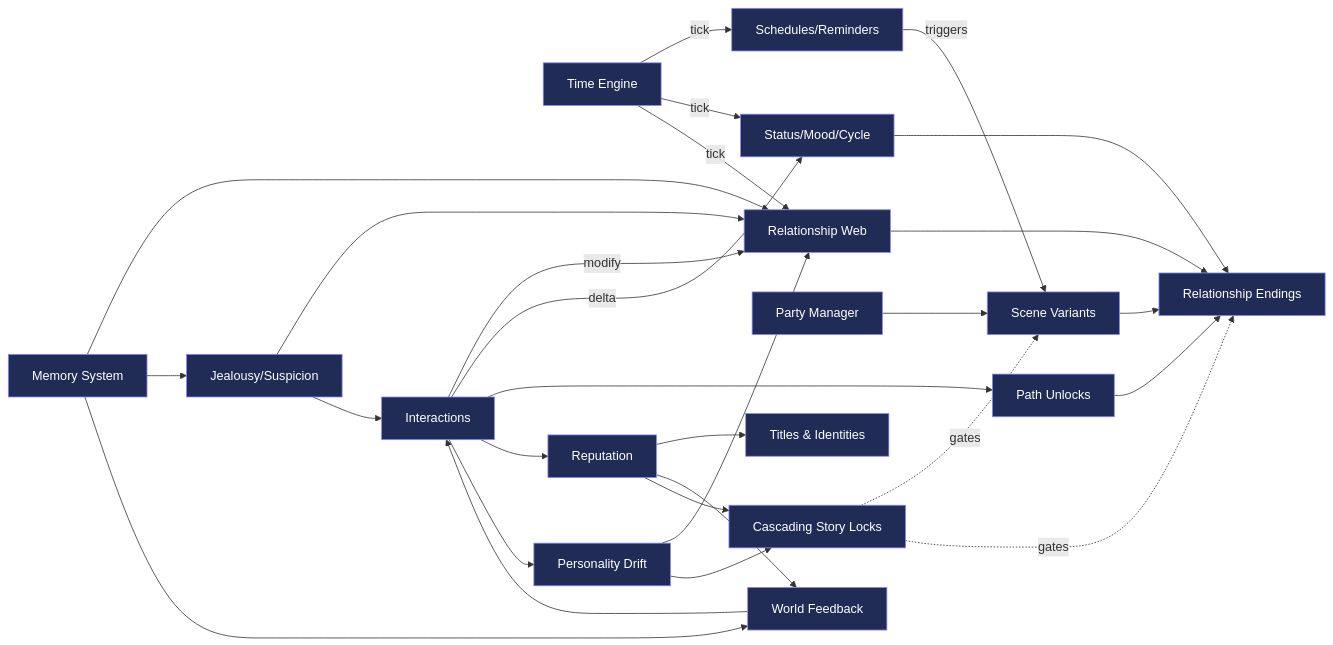
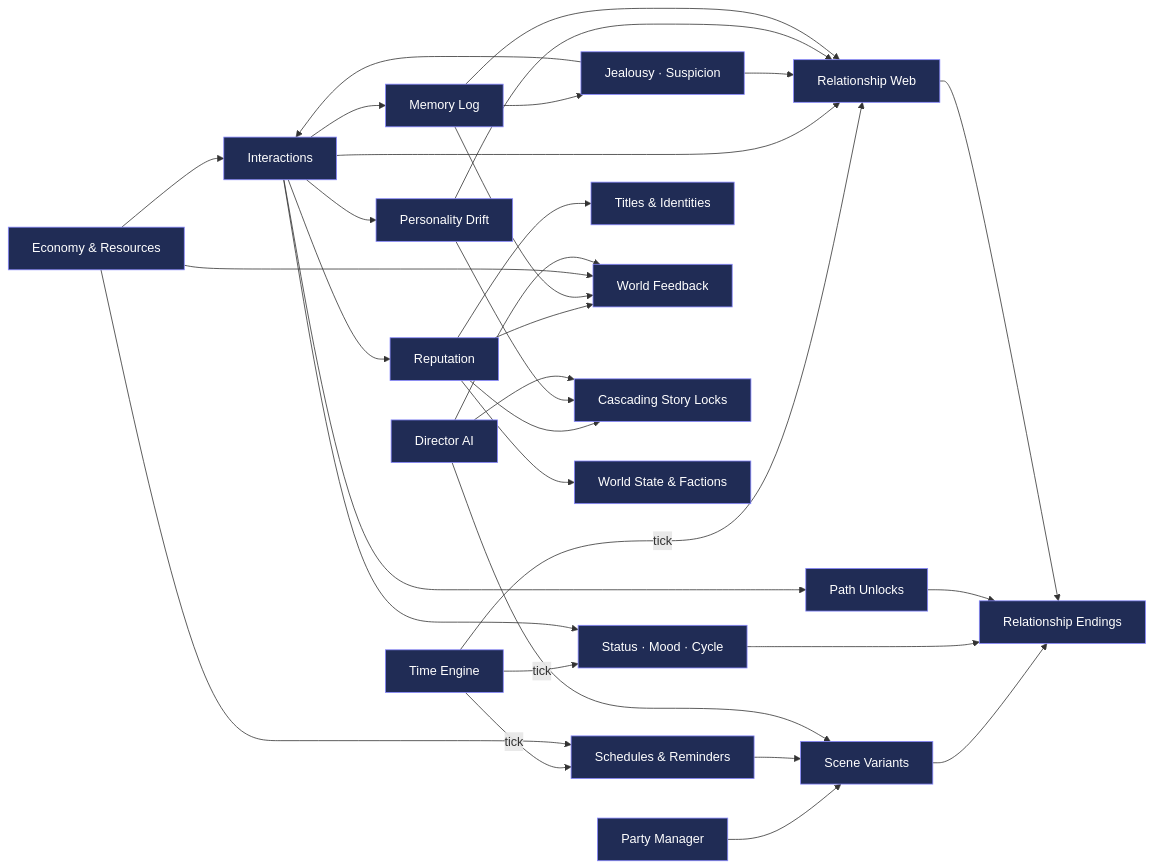
One commit to murraymint1991/woven-pulse changed the second of 4 diagrams in docs/ROADMAP.md. Above: the diagram before and after it, drawn with Mermaid. The commit also changed other lines of this file, not shown here.

````diff
--- a/docs/ROADMAP.md
+++ b/docs/ROADMAP.md
@@ -44,48 +60,47 @@
 ```mermaid
 flowchart LR
-    %% Core time-driven systems
-    Time[Time Engine]:::sys -->|tick| Sched[Schedules/Reminders]:::sys
-    Time -->|tick| Status[Status/Mood/Cycle]:::sys
+    Time[Time Engine]:::sys -->|tick| Sched[Schedules & Reminders]:::sys
+    Time -->|tick| Status[Status · Mood · Cycle]:::sys
     Time -->|tick| Rel[Relationship Web]:::sys
 
-    %% Interactions & outcomes
-    Interact[Interactions]:::sys -->|modify| Rel
-    Interact -->|delta| Status
+    Interact[Interactions]:::sys --> Rel
+    Interact --> Status
     Interact --> Paths[Path Unlocks]:::sys
 
-    %% Jealousy/Suspicion loop
-    Jealousy[Jealousy/Suspicion]:::sys --> Rel
+    Jealousy[Jealousy · Suspicion]:::sys --> Rel
     Jealousy --> Interact
 
-    %% Party & scenes
     Party[Party Manager]:::sys --> Scenes[Scene Variants]:::sys
-    Sched -->|triggers| Scenes
+    Sched --> Scenes
     Scenes --> Endings[Relationship Endings]:::sys
     Status --> Endings
-    Paths  --> Endings
-    Rel    --> Endings
+    Paths --> Endings
+    Rel --> Endings
 
-    %% Phase D — Identity & Consequence
+    %% Phase D
     Interact --> Rep[Reputation]:::sys
     Interact --> Drift[Personality Drift]:::sys
+    Interact --> Memory[Memory Log]:::sys
 
     Rep --> Titles[Titles & Identities]:::sys
     Rep --> Feedback[World Feedback]:::sys
     Rep --> Locks[Cascading Story Locks]:::sys
+    Rep --> Factions[World State & Factions]:::sys
 
     Drift --> Rel
     Drift --> Locks
 
-    Memory[Memory System]:::sys --> Rel
+    Memory --> Rel
     Memory --> Jealousy
     Memory --> Feedback
 
-    %% Locks gate content and outcomes
-    Locks -. gates .-> Scenes
-    Locks -. gates .-> Endings
+    Econ[Economy & Resources]:::sys --> Interact
+    Econ --> Sched
+    Econ --> Feedback
 
-    %% World feedback influences future choices
-    Feedback --> Interact
+    Dir[Director AI]:::sys --> Feedback
+    Dir --> Locks
+    Dir --> Scenes
 
     classDef sys fill:#202c55,stroke:#88f,stroke-width:1px,color:#fff;
 ```
````
